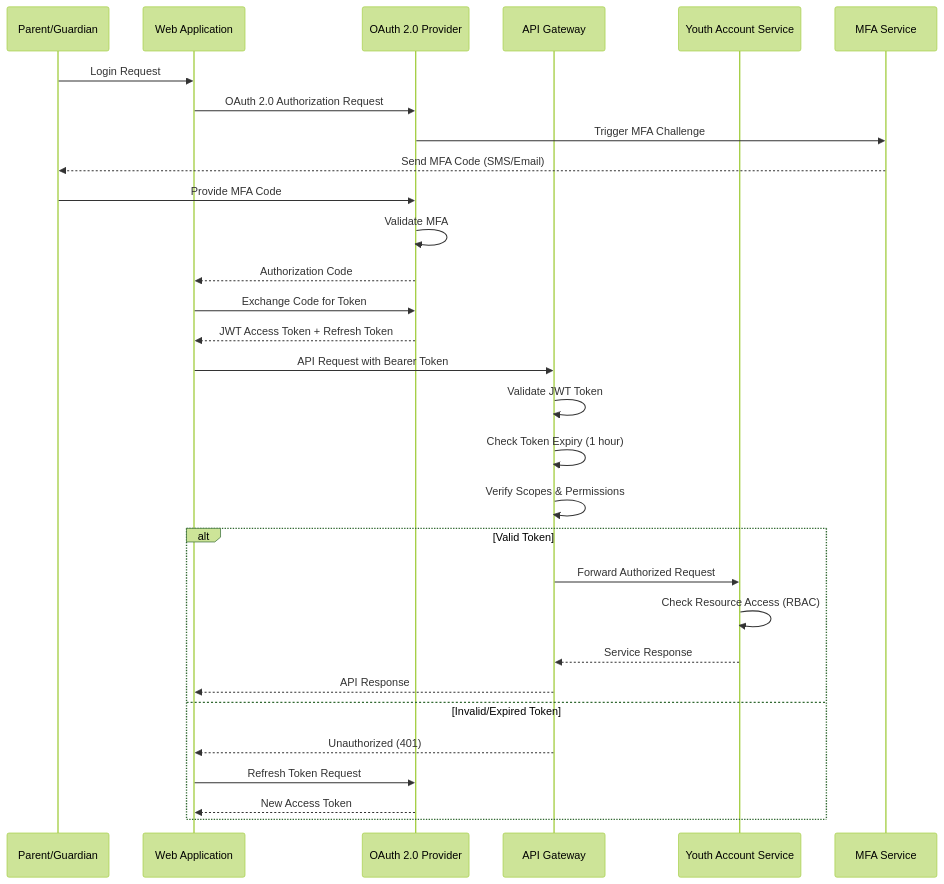
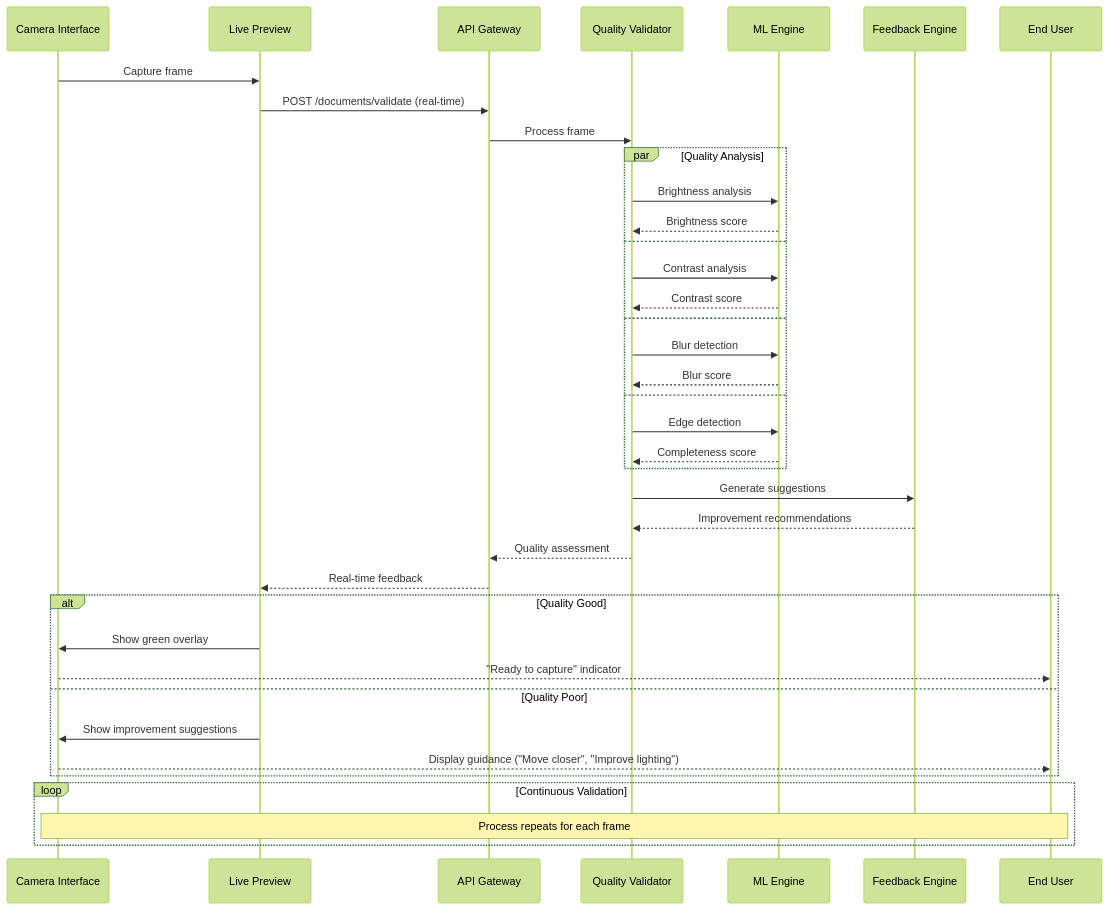
Before and after one commit to ThapaswiASC/SCIB-INCEPTION-PHASE-DEMO: the seventh of 7 diagrams in API Development/Components and Sequence Diagrams/sequence_diagram.md, drawn with Mermaid (forest theme). The commit also changed other lines of this file and 1 other file, not shown here.

````diff
--- a/API Development/Components and Sequence Diagrams/sequence_diagram.md
+++ b/API Development/Components and Sequence Diagrams/sequence_diagram.md
@@ -351,37 +303,46 @@
 ```mermaid
 sequenceDiagram
-    participant Parent as Parent/Guardian
-    participant WebApp as Web Application
-    participant AuthService as OAuth 2.0 Provider
-    participant APIGateway as API Gateway
-    participant YouthService as Youth Account Service
-    participant MFA as MFA Service
+    participant Camera as Camera Interface
+    participant Preview as Live Preview
+    participant API as API Gateway
+    participant Validator as Quality Validator
+    participant ML as ML Engine
+    participant Feedback as Feedback Engine
+    participant User as End User
     
-    Parent->>WebApp: Login Request
-    WebApp->>AuthService: OAuth 2.0 Authorization Request
-    AuthService->>MFA: Trigger MFA Challenge
-    MFA-->>Parent: Send MFA Code (SMS/Email)
-    Parent->>AuthService: Provide MFA Code
-    AuthService->>AuthService: Validate MFA
-    AuthService-->>WebApp: Authorization Code
+    Camera->>Preview: Capture frame
+    Preview->>API: POST /documents/validate (real-time)
+    API->>Validator: Process frame
     
-    WebApp->>AuthService: Exchange Code for Token
-    AuthService-->>WebApp: JWT Access Token + Refresh Token
+    par Quality Analysis
+        Validator->>ML: Brightness analysis
+        ML-->>Validator: Brightness score
+    and
+        Validator->>ML: Contrast analysis
+        ML-->>Validator: Contrast score
+    and
+        Validator->>ML: Blur detection
+        ML-->>Validator: Blur score
+    and
+        Validator->>ML: Edge detection
+        ML-->>Validator: Completeness score
+    end
     
-    WebApp->>APIGateway: API Request with Bearer Token
-    APIGateway->>APIGateway: Validate JWT Token
-    APIGateway->>APIGateway: Check Token Expiry (1 hour)
-    APIGateway->>APIGateway: Verify Scopes & Permissions
+    Validator->>Feedback: Generate suggestions
+    Feedback-->>Validator: Improvement recommendations
     
-    alt Valid Token
-        APIGateway->>YouthService: Forward Authorized Request
-        YouthService->>YouthService: Check Resource Access (RBAC)
-        YouthService-->>APIGateway: Service Response
-        APIGateway-->>WebApp: API Response
-        
-    else Invalid/Expired Token
-        APIGateway-->>WebApp: Unauthorized (401)
-        WebApp->>AuthService: Refresh Token Request
-        AuthService-->>WebApp: New Access Token
+    Validator-->>API: Quality assessment
+    API-->>Preview: Real-time feedback
+    
+    alt Quality Good
+        Preview->>Camera: Show green overlay
+        Camera-->>User: "Ready to capture" indicator
+    else Quality Poor
+        Preview->>Camera: Show improvement suggestions
+        Camera-->>User: Display guidance ("Move closer", "Improve lighting")
+    end
+    
+    loop Continuous Validation
+        Note over Camera,User: Process repeats for each frame
     end
 ```
````
